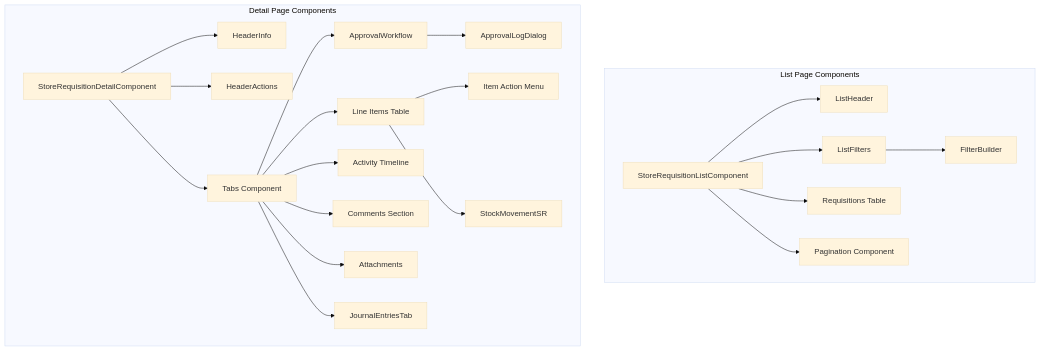
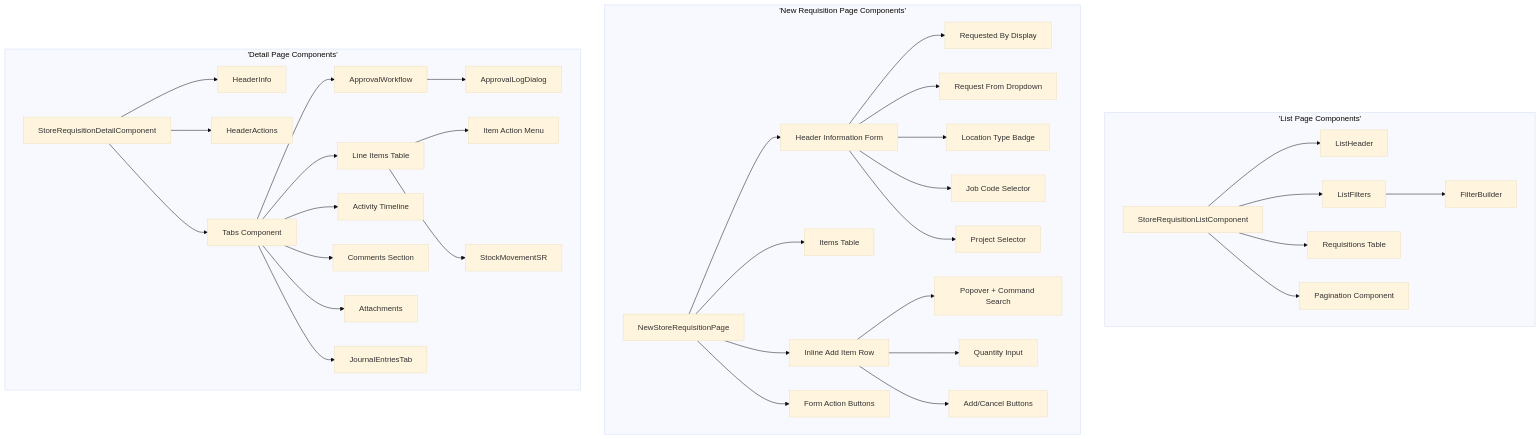
Before and after one commit to PeakMNA/carmen: the fourth of 9 diagrams in docs/app/store-operations/store-requisitions/TS-store-requisitions.md, drawn with Mermaid (base theme). The commit also changed other lines of this file and 458 other files, not shown here.

````diff
--- a/docs/app/store-operations/store-requisitions/TS-store-requisitions.md
+++ b/docs/app/store-operations/store-requisitions/TS-store-requisitions.md
@@ -237,31 +301,49 @@
 ```mermaid
 graph TD
-    subgraph "List Page Components"
+    subgraph 'List Page Components'
         ListPage[StoreRequisitionListComponent]
         ListPage --> ListHeader[ListHeader]
         ListPage --> ListFilters[ListFilters]
         ListPage --> ListTable[Requisitions Table]
         ListPage --> Pagination[Pagination Component]
 
         ListFilters --> FilterBuilder[FilterBuilder]
     end
 
-    subgraph "Detail Page Components"
+    subgraph 'New Requisition Page Components'
+        NewPage[NewStoreRequisitionPage]
+        NewPage --> NewHeaderForm[Header Information Form]
+        NewPage --> NewItemsTable[Items Table]
+        NewPage --> InlineAddRow[Inline Add Item Row]
+        NewPage --> FormActions[Form Action Buttons]
+
+        NewHeaderForm --> RequestedByField[Requested By Display]
+        NewHeaderForm --> RequestFromSelect[Request From Dropdown]
+        NewHeaderForm --> LocationTypeBadge[Location Type Badge]
+        NewHeaderForm --> JobCodeSelect[Job Code Selector]
+        NewHeaderForm --> ProjectSelect[Project Selector]
+
+        InlineAddRow --> ProductSearch[Popover + Command Search]
+        InlineAddRow --> QtyInput[Quantity Input]
+        InlineAddRow --> AddCancelBtns[Add/Cancel Buttons]
+    end
+
+    subgraph 'Detail Page Components'
         DetailPage[StoreRequisitionDetailComponent]
         DetailPage --> HeaderInfo[HeaderInfo]
         DetailPage --> HeaderActions[HeaderActions]
         DetailPage --> TabsInterface[Tabs Component]
 
         TabsInterface --> ItemsTab[Line Items Table]
         TabsInterface --> WorkflowTab[ApprovalWorkflow]
         TabsInterface --> ActivityTab[Activity Timeline]
         TabsInterface --> CommentsTab[Comments Section]
         TabsInterface --> AttachmentsTab[Attachments]
         TabsInterface --> JournalTab[JournalEntriesTab]
 
         WorkflowTab --> ApprovalLog[ApprovalLogDialog]
 
         ItemsTab --> ItemActions[Item Action Menu]
         ItemsTab --> StockMovement[StockMovementSR]
     end
 ```
````
